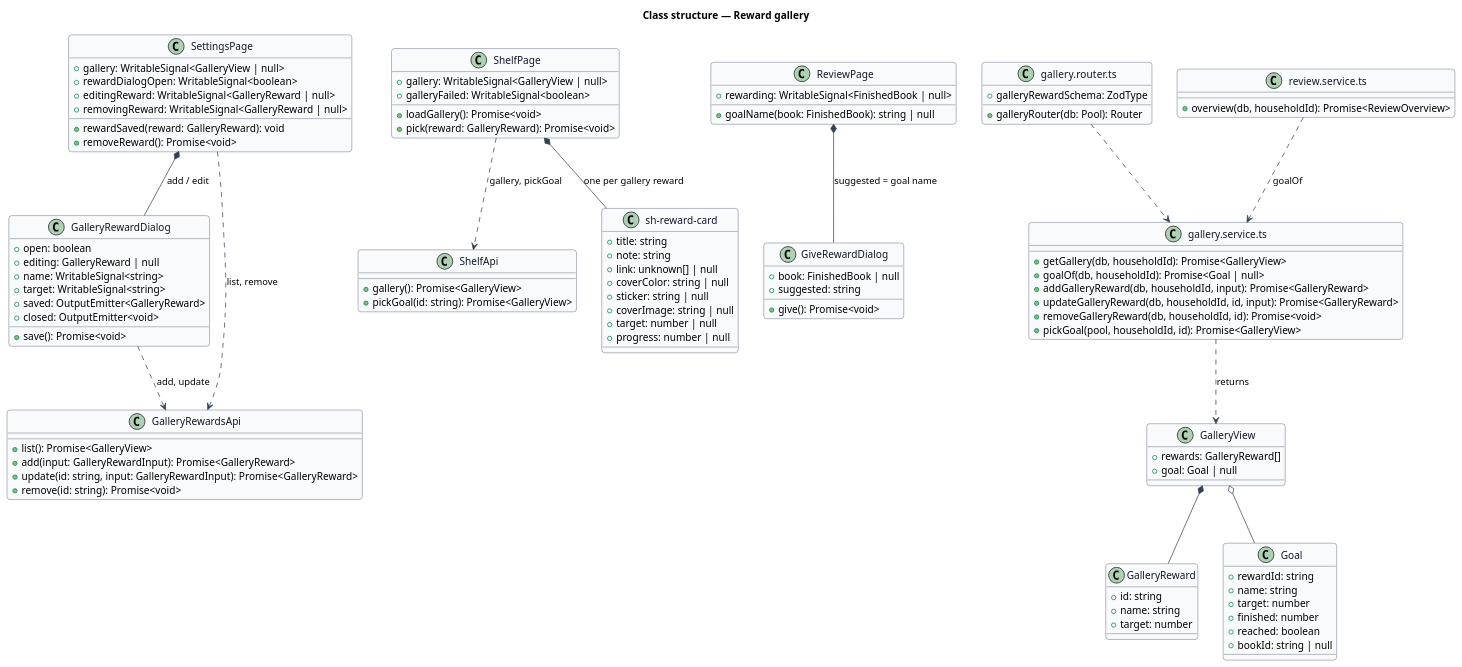
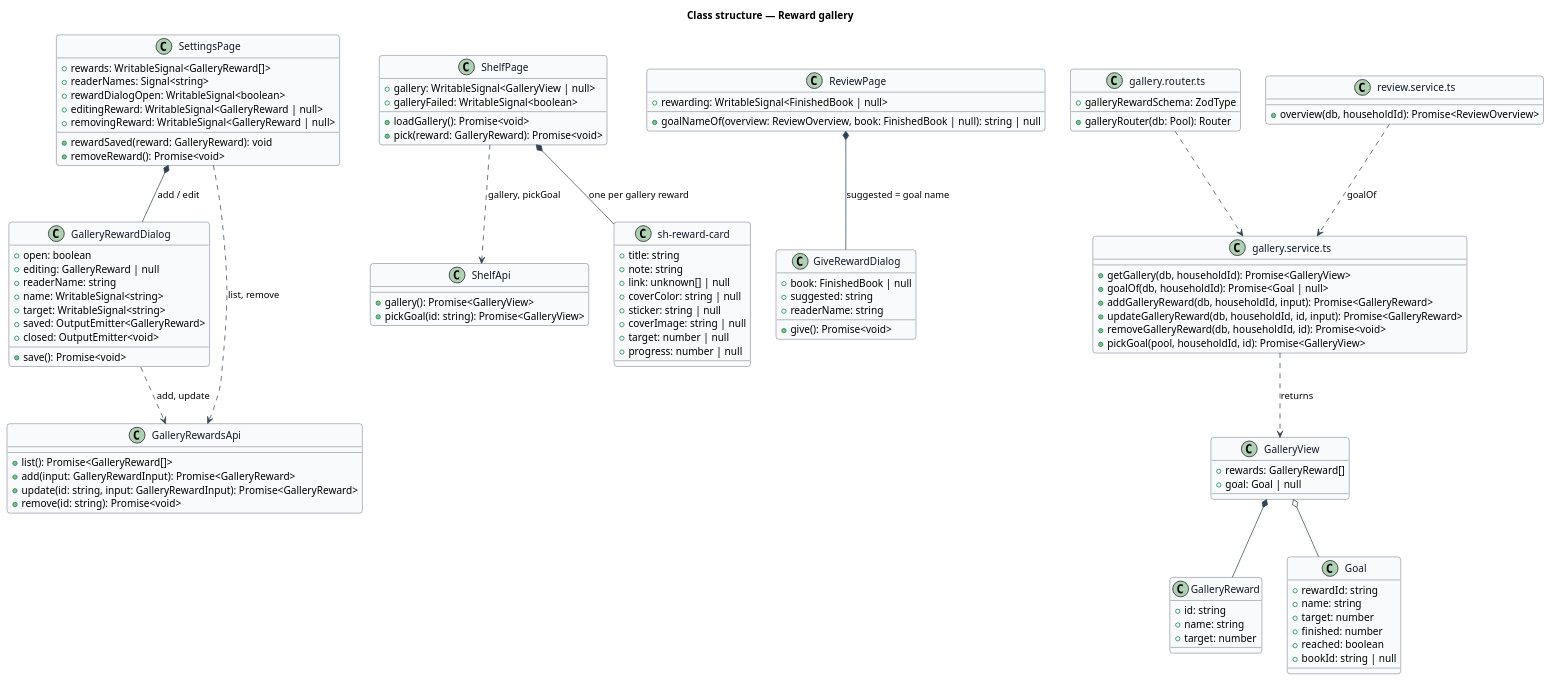
One commit to QuinntyneBrown/shelfie changed the diagram in docs/detailed-designs/review/reward-gallery/diagrams/class-structure.puml. Above: the diagram before and after it, drawn with PlantUML. The commit also changed 10 other files, not shown here.

First line of the commit message:
Mark the reward gallery built: estimates, user journeys, feature list, changelog and design aligned with the code

```diff
--- a/docs/detailed-designs/review/reward-gallery/diagrams/class-structure.puml
+++ b/docs/detailed-designs/review/reward-gallery/diagrams/class-structure.puml
@@ -1,123 +1,126 @@
 @startuml
 skinparam backgroundColor #FFFFFF
 skinparam shadowing false
 skinparam roundcorner 8
 skinparam defaultFontName Arial
 skinparam ArrowColor #344054
 skinparam class {
   BorderColor #344054
   FontColor #101828
   BackgroundColor #F9FAFB
 }
 title Class structure — Reward gallery
 
 class SettingsPage {
-  +gallery: WritableSignal<GalleryView | null>
+  +rewards: WritableSignal<GalleryReward[]>
+  +readerNames: Signal<string>
   +rewardDialogOpen: WritableSignal<boolean>
   +editingReward: WritableSignal<GalleryReward | null>
   +removingReward: WritableSignal<GalleryReward | null>
   +rewardSaved(reward: GalleryReward): void
   +removeReward(): Promise<void>
 }
 
 class GalleryRewardDialog {
   +open: boolean
   +editing: GalleryReward | null
+  +readerName: string
   +name: WritableSignal<string>
   +target: WritableSignal<string>
   +saved: OutputEmitter<GalleryReward>
   +closed: OutputEmitter<void>
   +save(): Promise<void>
 }
 
 class GalleryRewardsApi {
-  +list(): Promise<GalleryView>
+  +list(): Promise<GalleryReward[]>
   +add(input: GalleryRewardInput): Promise<GalleryReward>
   +update(id: string, input: GalleryRewardInput): Promise<GalleryReward>
   +remove(id: string): Promise<void>
 }
 
 class ShelfPage {
   +gallery: WritableSignal<GalleryView | null>
   +galleryFailed: WritableSignal<boolean>
   +loadGallery(): Promise<void>
   +pick(reward: GalleryReward): Promise<void>
 }
 
 class ShelfApi {
   +gallery(): Promise<GalleryView>
   +pickGoal(id: string): Promise<GalleryView>
 }
 
 class ReviewPage {
   +rewarding: WritableSignal<FinishedBook | null>
-  +goalName(book: FinishedBook): string | null
+  +goalNameOf(overview: ReviewOverview, book: FinishedBook | null): string | null
 }
 
 class GiveRewardDialog {
   +book: FinishedBook | null
   +suggested: string
+  +readerName: string
   +give(): Promise<void>
 }
 
 class "sh-reward-card" as RewardCard {
   +title: string
   +note: string
   +link: unknown[] | null
   +coverColor: string | null
   +sticker: string | null
   +coverImage: string | null
   +target: number | null
   +progress: number | null
 }
 
 class GalleryView {
   +rewards: GalleryReward[]
   +goal: Goal | null
 }
 
 class GalleryReward {
   +id: string
   +name: string
   +target: number
 }
 
 class Goal {
   +rewardId: string
   +name: string
   +target: number
   +finished: number
   +reached: boolean
   +bookId: string | null
 }
 
 class "gallery.router.ts" as Router {
   +galleryRouter(db: Pool): Router
   +galleryRewardSchema: ZodType
 }
 
 class "gallery.service.ts" as Service {
   +getGallery(db, householdId): Promise<GalleryView>
   +goalOf(db, householdId): Promise<Goal | null>
   +addGalleryReward(db, householdId, input): Promise<GalleryReward>
   +updateGalleryReward(db, householdId, id, input): Promise<GalleryReward>
   +removeGalleryReward(db, householdId, id): Promise<void>
   +pickGoal(pool, householdId, id): Promise<GalleryView>
 }
 
 class "review.service.ts" as ReviewService {
   +overview(db, householdId): Promise<ReviewOverview>
 }
 
 SettingsPage *-- GalleryRewardDialog : add / edit
 SettingsPage ..> GalleryRewardsApi : list, remove
 GalleryRewardDialog ..> GalleryRewardsApi : add, update
 ShelfPage ..> ShelfApi : gallery, pickGoal
 ShelfPage *-- RewardCard : one per gallery reward
 ReviewPage *-- GiveRewardDialog : suggested = goal name
 GalleryView *-- GalleryReward
 GalleryView o-- Goal
 Router ..> Service
 ReviewService ..> Service : goalOf
 Service ..> GalleryView : returns
 @enduml
```
